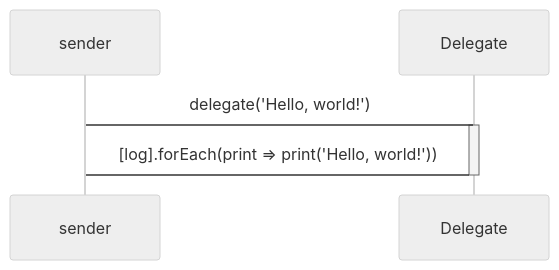
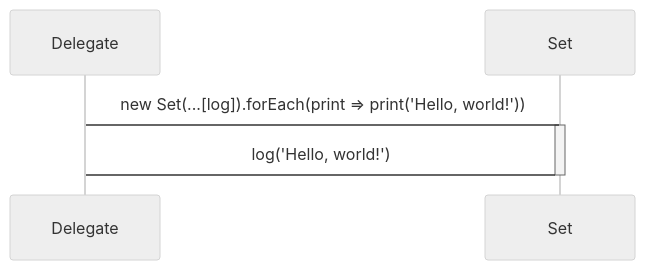
The first of 5 diagrams in README.md (domrally/peekeasy), drawn with Mermaid (neutral theme) before and after one commit. The commit also changed other lines of this file, not shown here.

````diff
--- a/README.md
+++ b/README.md
@@ -56,7 +57,7 @@
 ```mermaid
 sequenceDiagram
-    sender->Delegate: delegate('Hello, world!')
-    activate Delegate
-    Delegate->sender: [log].forEach(print => print('Hello, world!'))
-    deactivate Delegate
+    Delegate->Set: new Set(...[log]).forEach(print => print('Hello, world!'))
+    activate Set
+    Set->Delegate: log('Hello, world!')
+    deactivate Set
 ```
````
